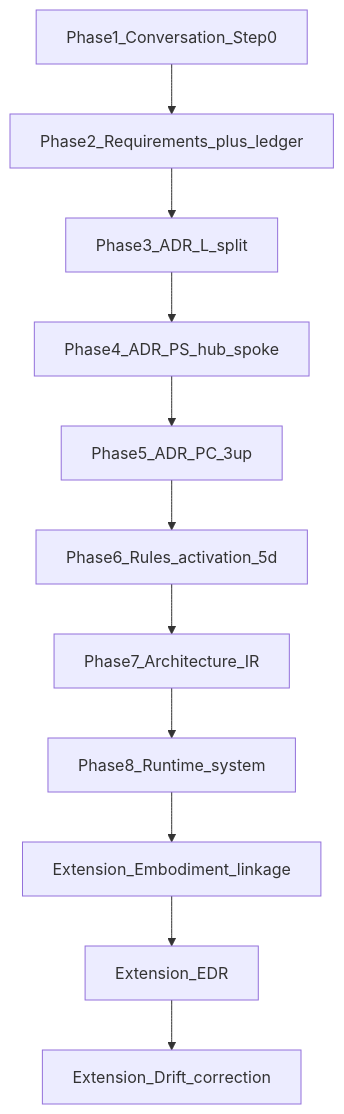
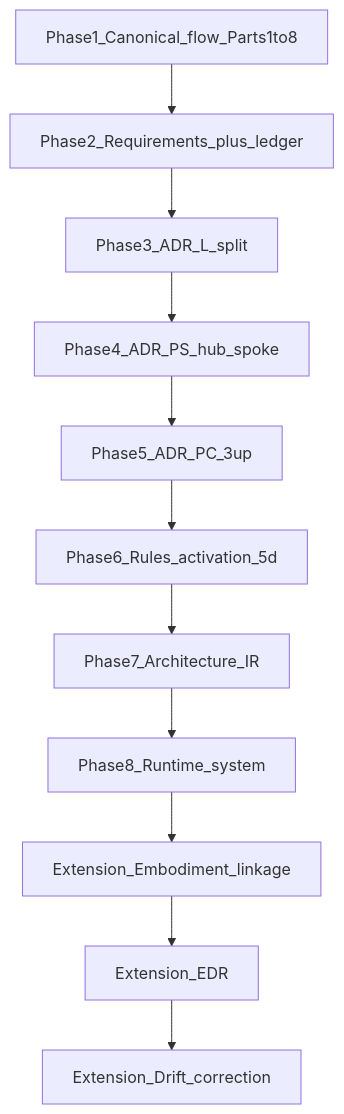
Before and after one commit to egallmann/ste-handbook: the first of 2 diagrams in 11-examples/instance-scheduler-example/diagrams/intent-to-design.md, drawn with Mermaid. The commit also changed other lines of this file and 11 other files, not shown here.

First line of the commit message:
docs(11): Instance Scheduler canonical STE flow (Parts 1-8)

````diff
--- a/11-examples/instance-scheduler-example/diagrams/intent-to-design.md
+++ b/11-examples/instance-scheduler-example/diagrams/intent-to-design.md
@@ -7,16 +7,16 @@
 ```mermaid
 flowchart TB
-  p1["Phase1_Conversation_Step0"]
+  p1["Phase1_Canonical_flow_Parts1to8"]
   p2["Phase2_Requirements_plus_ledger"]
   p3["Phase3_ADR_L_split"]
   p4["Phase4_ADR_PS_hub_spoke"]
   p5["Phase5_ADR_PC_3up"]
   p6["Phase6_Rules_activation_5d"]
   p7["Phase7_Architecture_IR"]
   p8["Phase8_Runtime_system"]
   e1["Extension_Embodiment_linkage"]
   e2["Extension_EDR"]
   e3["Extension_Drift_correction"]
   p1 --> p2 --> p3 --> p4 --> p5 --> p6 --> p7 --> p8
   p8 --> e1 --> e2 --> e3
 ```
````
